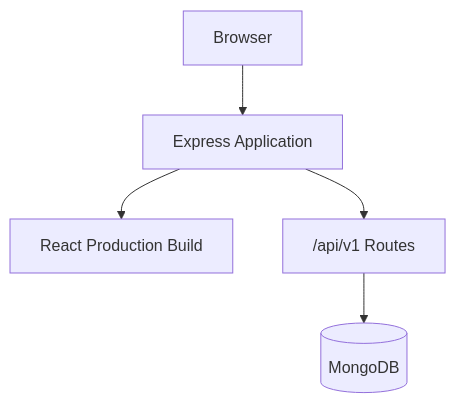
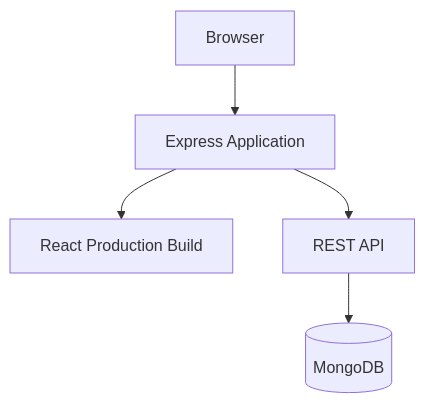
The third of 8 diagrams in docs/Architecture.md (Swayam-Aggarwal/ContractGuard), drawn with Mermaid before and after one commit. The commit also changed other lines of this file and 32 other files, not shown here.

````diff
--- a/docs/Architecture.md
+++ b/docs/Architecture.md
@@ -124,13 +441,13 @@
 ```mermaid
-flowchart TB
-    Browser["Browser"]
-    Express["Express Application"]
-    Static["React Production Build"]
-    API["/api/v1 Routes"]
-    Mongo[("MongoDB")]
+flowchart TD
+    BROWSER["Browser"]
+    EXPRESS["Express Application"]
+    STATIC["React Production Build"]
+    API["REST API"]
+    DATABASE[("MongoDB")]
 
-    Browser --> Express
-    Express --> Static
-    Express --> API
-    API --> Mongo
+    BROWSER --> EXPRESS
+    EXPRESS --> STATIC
+    EXPRESS --> API
+    API --> DATABASE
 ```
````
